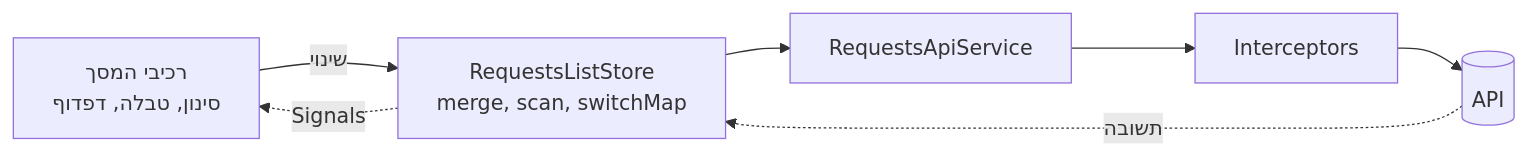
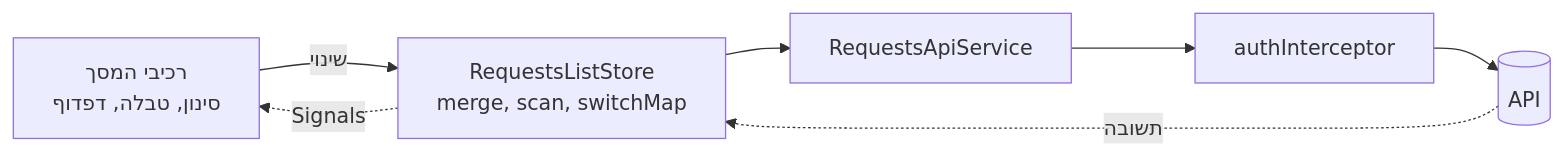
The seventh of 8 diagrams in PROJECT_SUMMARY.md (naomy55978/requests-management), drawn with Mermaid before and after one commit. The commit also changed other lines of this file and 4 other files, not shown here.

````diff
--- a/PROJECT_SUMMARY.md
+++ b/PROJECT_SUMMARY.md
@@ -177,9 +174,9 @@
 ```mermaid
 flowchart LR
   F["רכיבי המסך<br/>סינון, טבלה, דפדוף"] -->|"שינוי"| ST["RequestsListStore<br/>merge, scan, switchMap"]
   ST --> AP["RequestsApiService"]
-  AP --> IN["Interceptors"]
+  AP --> IN["authInterceptor"]
   IN --> SV[("API")]
   SV -.->|"תשובה"| ST
   ST -.->|"Signals"| F
 ```
````
